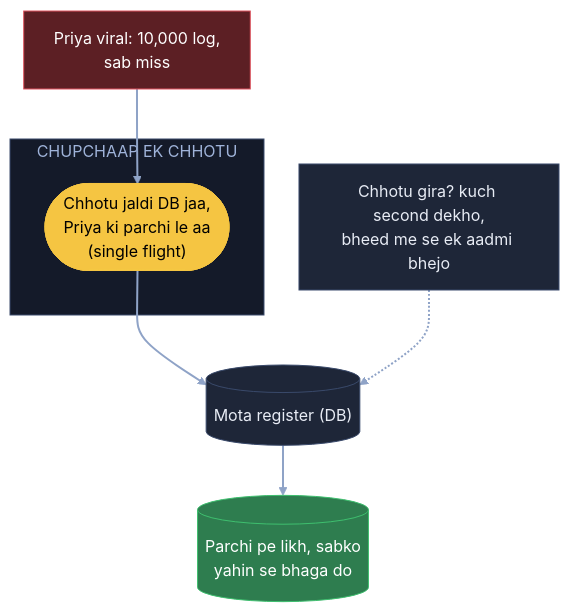
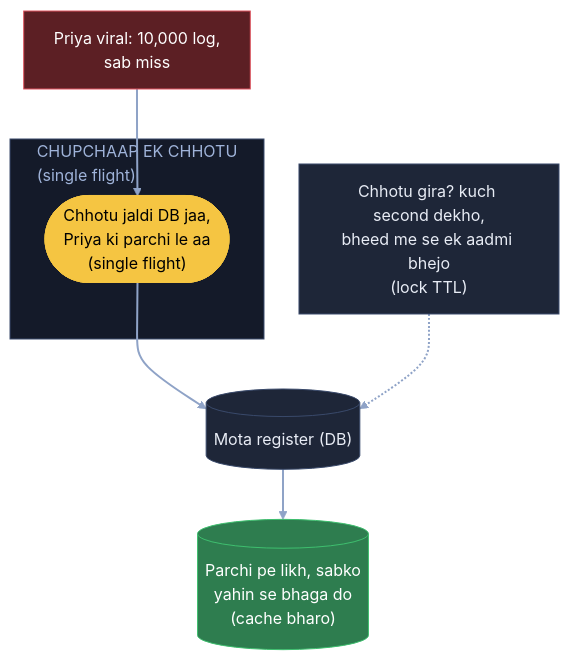
Before and after one commit to ArpanMaheshwari144/Prep: the fifth of 7 diagrams in 04_HLD/SYSTEM_DESIGNS/10_distributed_cache/10_distributed_cache.md, drawn with Mermaid. The commit also changed other lines of this file and 20 other files, not shown here.

Commit message:
HLD main files: diagram me kahani shabd + bracket me asli naam (21 design, 182 label)

````diff
--- a/04_HLD/SYSTEM_DESIGNS/10_distributed_cache/10_distributed_cache.md
+++ b/04_HLD/SYSTEM_DESIGNS/10_distributed_cache/10_distributed_cache.md
@@ -290,20 +290,20 @@
 ```mermaid
 flowchart TB
     U["Priya viral: 10,000 log,<br/>sab miss"]:::bad
-    subgraph CH["CHUPCHAAP EK CHHOTU"]
+    subgraph CH["CHUPCHAAP EK CHHOTU<br/>(single flight)"]
         L(["Chhotu jaldi DB jaa,<br/>Priya ki parchi le aa<br/>(single flight)"]):::pill
     end
-    B["Chhotu gira? kuch second dekho,<br/>bheed me se ek aadmi bhejo"]:::card
+    B["Chhotu gira? kuch second dekho,<br/>bheed me se ek aadmi bhejo<br/>(lock TTL)"]:::card
     D[("Mota register (DB)")]:::card
-    C[("Parchi pe likh, sabko<br/>yahin se bhaga do")]:::good
+    C[("Parchi pe likh, sabko<br/>yahin se bhaga do<br/>(cache bharo)")]:::good
     U --> L
     L --> D
     D --> C
     B -.-> D
     linkStyle default stroke:#8fa3c7,stroke-width:2px
     classDef card fill:#1e2638,stroke:#3a4a6b,color:#e8ecf5
     classDef pill fill:#f5c542,stroke:#f5c542,color:#000
     classDef good fill:#2e7d4f,stroke:#3fbf6f,color:#fff
     classDef bad fill:#5c1f24,stroke:#e05561,color:#fff
     style CH fill:#141a29,stroke:#3a4a6b,color:#9fb3d9
 ```
````
